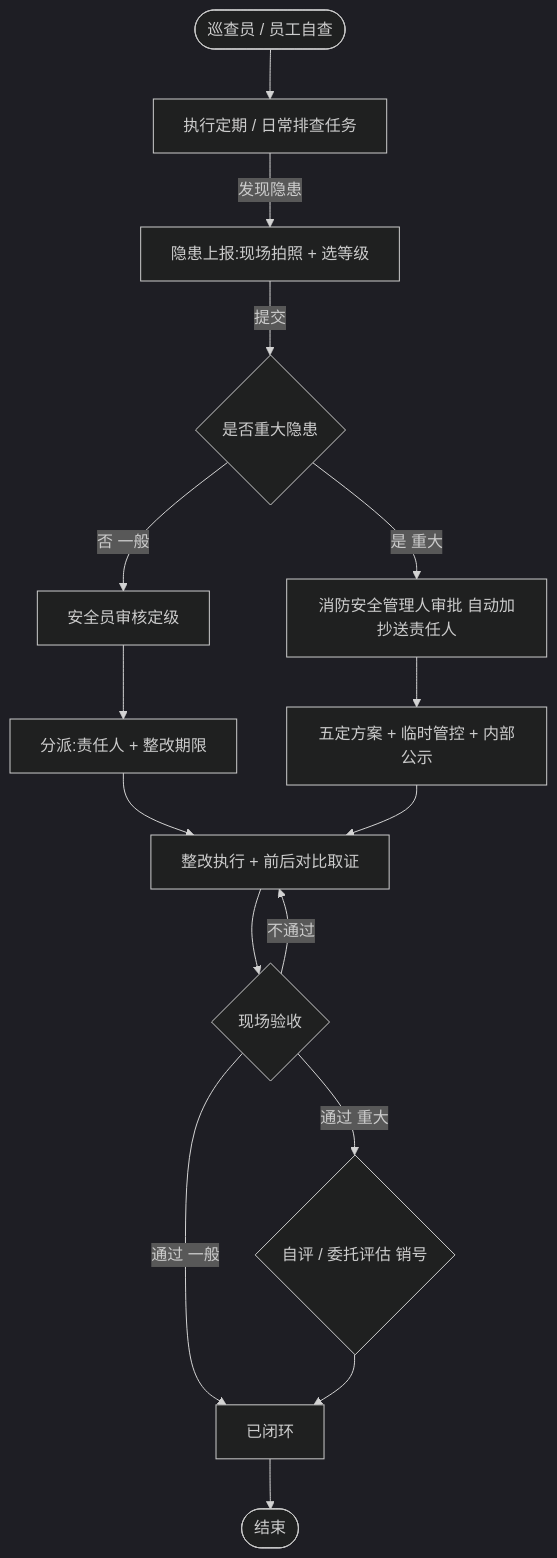
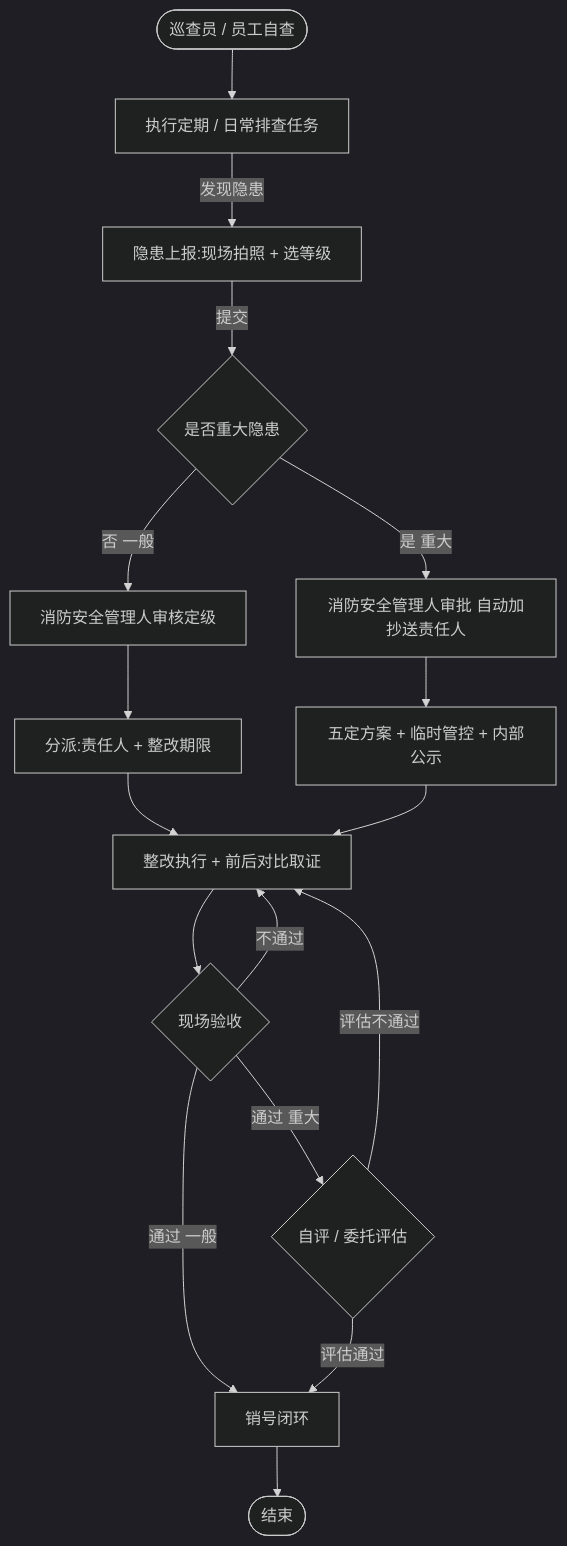
Before and after one commit to LiSunny/SaaS_Demo: the first of 8 diagrams in docs/隐患管理/biz-design-大纲.md, drawn with Mermaid (dark theme). The commit also changed other lines of this file and 1 other file, not shown here.

````diff
--- a/docs/隐患管理/biz-design-大纲.md
+++ b/docs/隐患管理/biz-design-大纲.md
@@ -320,23 +262,24 @@
 ```mermaid
 flowchart TD
     Start([巡查员 / 员工自查 ]) --> M3Exec[执行定期 / 日常排查任务]
     M3Exec -->|发现隐患| M1Report[隐患上报:现场拍照 + 选等级]
     M1Report -->|提交| Judge{是否重大隐患}
 
-    Judge -->|否 一般| Review[安全员审核定级]
+    Judge -->|否 一般| Review[消防安全管理人审核定级]
     Judge -->|是 重大| HeavyReview[消防安全管理人审批 自动加抄送责任人]
 
     Review --> Assign[分派:责任人 + 整改期限]
     HeavyReview --> HeavyAssign[五定方案 + 临时管控 + 内部公示]
 
     Assign --> M2Rect[整改执行 + 前后对比取证]
     HeavyAssign --> M2Rect
 
     M2Rect --> M2Verify{现场验收}
     M2Verify -->|不通过| M2Rect
-    M2Verify -->|通过 一般| Closed[已闭环]
-    M2Verify -->|通过 重大| Evaluate{自评 / 委托评估 销号}
-    Evaluate --> Closed
+    M2Verify -->|通过 一般| Closed[销号闭环]
+    M2Verify -->|通过 重大| Evaluate{自评 / 委托评估}
+    Evaluate -->|评估通过| Closed
+    Evaluate -->|评估不通过| M2Rect
 
     Closed --> End([结束])
 ```
````
